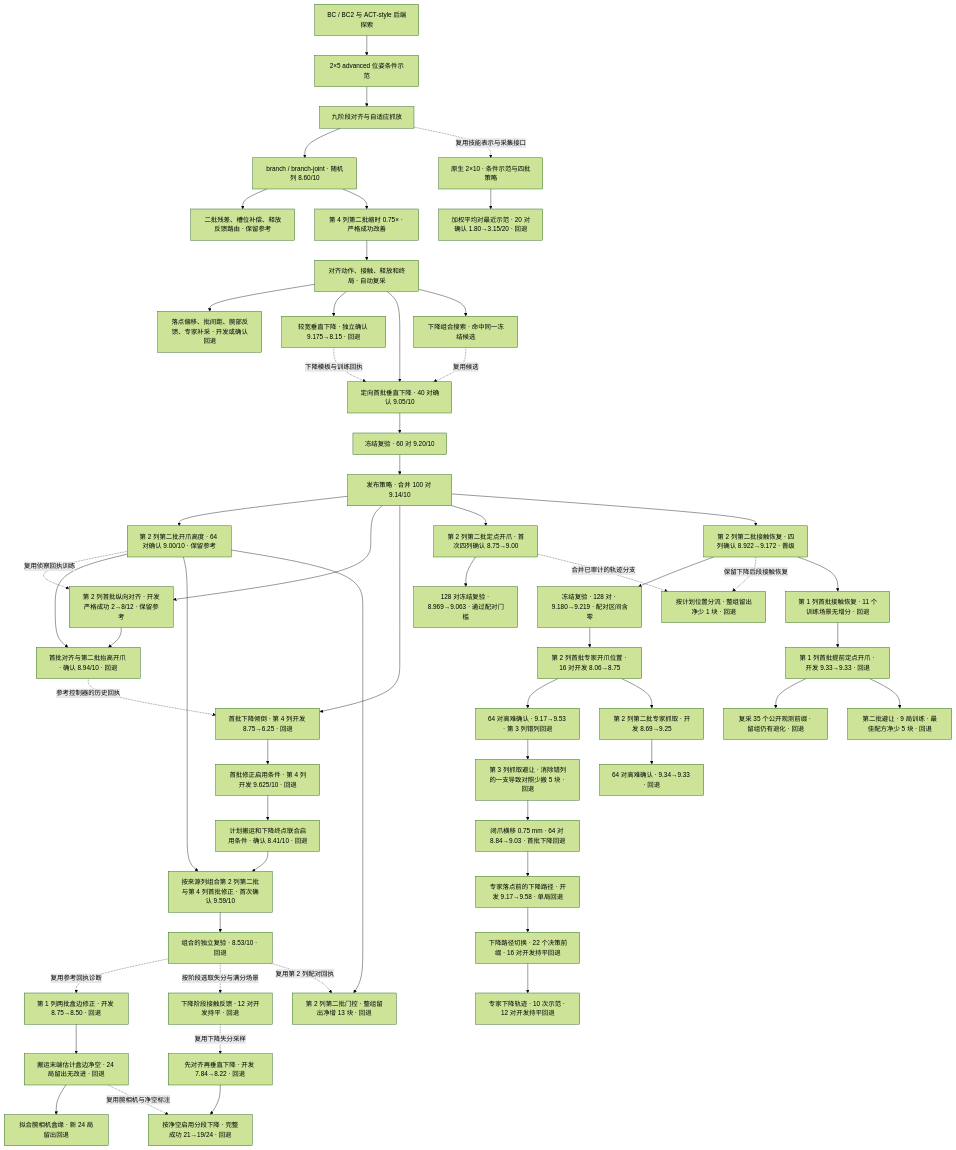
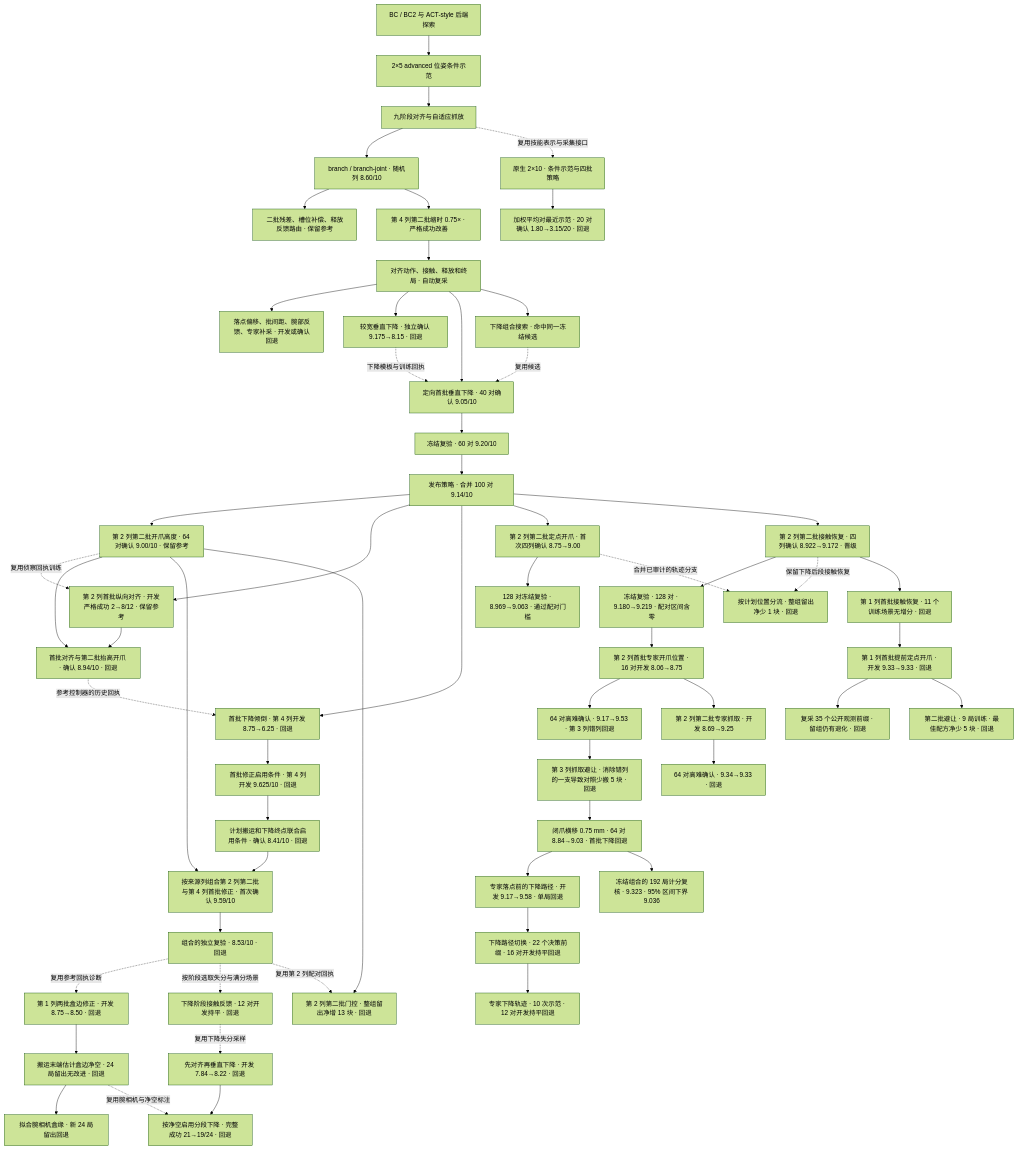
Before and after one commit to haiyouxiaji/a3-agent-optimizer: the second of 2 diagrams in docs/A3_EXPERIMENT_TREE.md, drawn with Mermaid (forest theme). The commit also changed other lines of this file and 10 other files, not shown here.

````diff
--- a/docs/A3_EXPERIMENT_TREE.md
+++ b/docs/A3_EXPERIMENT_TREE.md
@@ -19,59 +19,60 @@
 ```mermaid
 flowchart TD
     BC["BC / BC2 与 ACT-style 后端探索"] --> ADV["2×5 advanced 位姿条件示范"]
     ADV --> PH["九阶段对齐与自适应抓放"]
     PH --> BJ["branch / branch-joint · 随机列 8.60/10"]
     BJ --> REL["二批残差、槽位补偿、释放反馈路由 · 保留参考"]
     BJ --> TIM["第 4 列第二批缩时 0.75× · 严格成功改善"]
     TIM --> DIAG["对齐动作、接触、释放和终局 · 自动复采"]
     DIAG --> OFF["落点偏移、批间距、腕部反馈、专家补采 · 开发或确认回退"]
     DIAG --> WIDE["较宽垂直下降 · 独立确认 9.175→8.15 · 回退"]
     DIAG --> FOCUS["定向首批垂直下降 · 40 对确认 9.05/10"]
     WIDE -.->|下降模板与训练回执| FOCUS
     DIAG --> DUP["下降组合搜索 · 命中同一冻结候选"]
     DUP -.->|复用候选| FOCUS
     FOCUS --> REP["冻结复验 · 60 对 9.20/10"]
     REP --> BEST["发布策略 · 合并 100 对 9.14/10"]
     BEST --> HOVER["第 2 列第二批开爪高度 · 64 对确认 9.00/10 · 保留参考"]
     BEST --> ROW["第 2 列首批纵向对齐 · 开发严格成功 2→8/12 · 保留参考"]
     HOVER -.->|复用侦察回执训练| ROW
     HOVER --> COMPOSE["首批对齐与第二批抬高开爪 · 确认 8.94/10 · 回退"]
     ROW --> COMPOSE
     BEST --> FIRSTHOVER["首批下降倾倒 · 第 4 列开发 8.75→6.25 · 回退"]
     COMPOSE -.->|参考控制器的历史回执| FIRSTHOVER
     FIRSTHOVER --> GUARD["首批修正启用条件 · 第 4 列开发 9.625/10 · 回退"]
     GUARD --> PROJECT["计划搬运和下降终点联合启用条件 · 确认 8.41/10 · 回退"]
     PROJECT --> ROUTED["按来源列组合第 2 列第二批与第 4 列首批修正 · 首次确认 9.59/10"]
     HOVER --> ROUTED
     ROUTED --> ROUTEDREP["组合的独立复验 · 8.53/10 · 回退"]
     ROUTEDREP -.->|复用参考回执诊断| WALL["第 1 列两批盒边修正 · 开发 8.75→8.50 · 回退"]
     WALL --> SENSE["搬运末端估计盒边净空 · 24 局留出无改进 · 回退"]
     SENSE --> EDGES["拟合腕相机盒缘 · 新 24 局留出回退"]
     ROUTEDREP -.->|按阶段选取失分与满分场景| FORCE["下降阶段接触反馈 · 12 对开发持平 · 回退"]
     HOVER --> LATE["第 2 列第二批门控 · 整组留出净增 13 块 · 回退"]
     ROUTEDREP -.->|复用第 2 列配对回执| LATE
     FORCE -.->|复用下降失分采样| STAGED["先对齐再垂直下降 · 开发 7.84→8.22 · 回退"]
     STAGED --> STAGEDGATE["按净空启用分段下降 · 完整成功 21→19/24 · 回退"]
     SENSE -.->|复用腕相机与净空标注| STAGEDGATE
     BEST --> HOLD["第 2 列第二批定点开爪 · 首次四列确认 8.75→9.00"]
     HOLD --> HOLDREP["128 对冻结复验 · 8.969→9.063 · 通过配对门槛"]
     BEST --> RECOVERY["第 2 列第二批接触恢复 · 四列确认 8.922→9.172 · 晋级"]
     RECOVERY --> RECOVERYREP["冻结复验 · 128 对 · 9.180→9.219 · 配对区间含零"]
     HOLD -.->|合并已审计的轨迹分支| RELEASEGATE["按计划位置分流 · 整组留出净少 1 块 · 回退"]
     RECOVERY -.->|保留下降后段接触恢复| RELEASEGATE
     RECOVERY --> FIRSTREC["第 1 列首批接触恢复 · 11 个训练场景无增分 · 回退"]
     FIRSTREC --> EARLY["第 1 列首批提前定点开爪 · 开发 9.33→9.33 · 回退"]
     EARLY --> FIRSTGATE["复采 35 个公开观测前缀 · 留组仍有退化 · 回退"]
     EARLY --> INTERBATCH["第二批避让 · 9 局训练 · 最佳配方净少 5 块 · 回退"]
     RECOVERYREP --> EXPERTLAND["第 2 列首批专家开爪位置 · 16 对开发 8.06→8.75"]
     EXPERTLAND --> EXPERTCONF["64 对高难确认 · 9.17→9.53 · 第 3 列错列回退"]
     EXPERTCONF --> SOURCEGUARD["第 3 列抓取避让 · 消除错列的一支导致对照少搬 5 块 · 回退"]
     SOURCEGUARD --> GUARDREFINE["闭爪横移 0.75 mm · 64 对 8.84→9.03 · 首批下降回退"]
     GUARDREFINE --> LANDINGPATH["专家落点前的下降路径 · 开发 9.17→9.58 · 单局回退"]
+    GUARDREFINE --> SCORES["冻结组合的 192 局计分复核 · 9.323 · 95% 区间下界 9.036"]
     LANDINGPATH --> LANDINGGATE["下降路径切换 · 22 个决策前缀 · 16 对开发持平回退"]
     LANDINGGATE --> INSERTION["专家下降轨迹 · 10 次示范 · 12 对开发持平回退"]
     EXPERTLAND --> EXPERTGRASP["第 2 列第二批专家抓取 · 开发 8.69→9.25"]
     EXPERTGRASP --> GRASPCONF["64 对高难确认 · 9.34→9.33 · 回退"]
     PH -.->|复用技能表示与采集接口| TEN["原生 2×10 · 条件示范与四批策略"]
     TEN --> TR["加权平均对最近示范 · 20 对确认 1.80→3.15/20 · 回退"]
 ```
````
